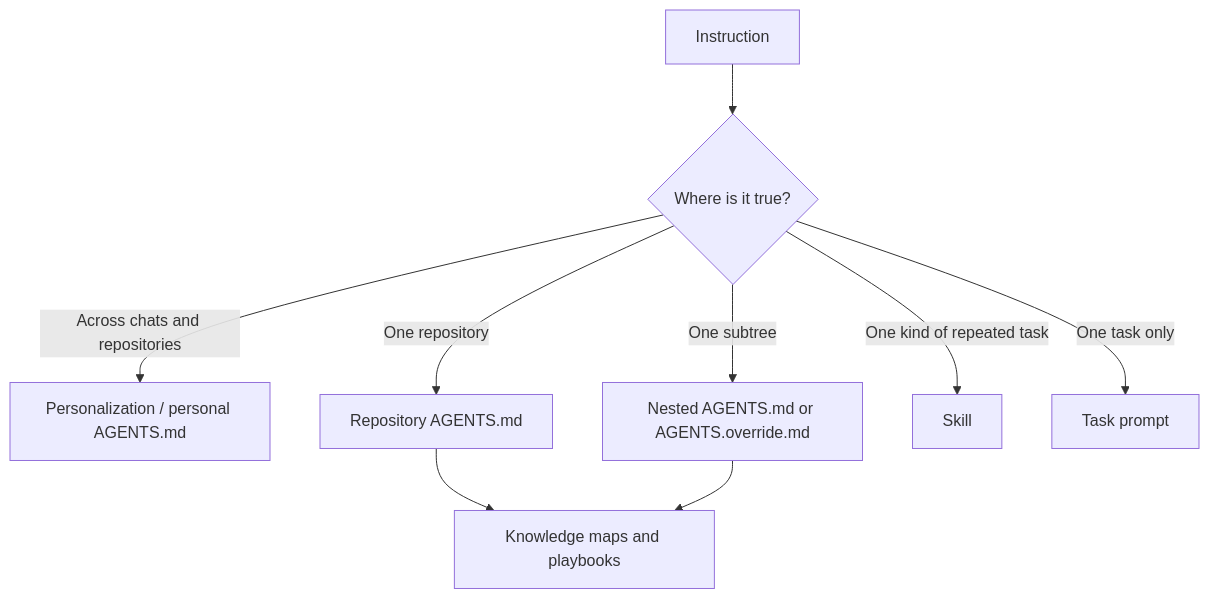
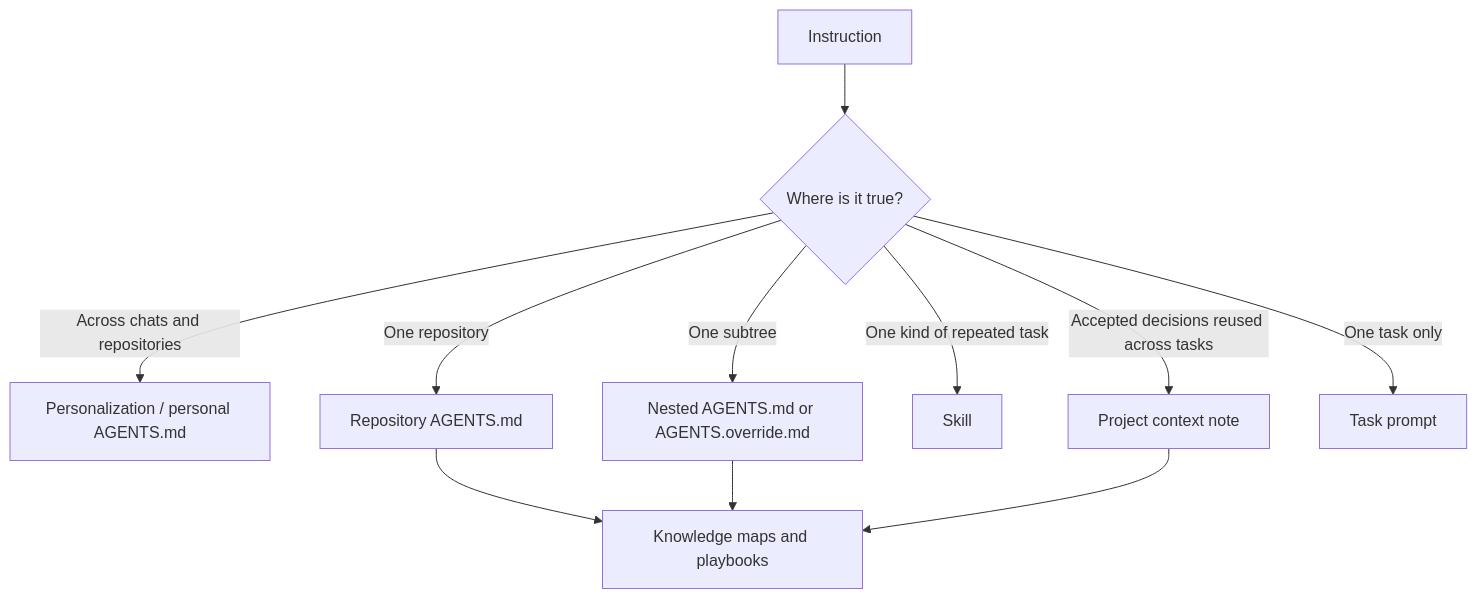
One commit to allexandrsokollov/main_obsidian_vault changed the diagram in 00 Maps/Codex Instruction Map.md. Above: the diagram before and after it, drawn with Mermaid. The commit also changed other lines of this file and 5 other files, not shown here.

````diff
--- a/00 Maps/Codex Instruction Map.md
+++ b/00 Maps/Codex Instruction Map.md
@@ -17,11 +17,13 @@
 ```mermaid
 flowchart TD
     I["Instruction"] --> Q{"Where is it true?"}
     Q -->|"Across chats and repositories"| P["Personalization / personal AGENTS.md"]
     Q -->|"One repository"| R["Repository AGENTS.md"]
     Q -->|"One subtree"| N["Nested AGENTS.md or AGENTS.override.md"]
     Q -->|"One kind of repeated task"| S["Skill"]
+    Q -->|"Accepted decisions reused across tasks"| C["Project context note"]
     Q -->|"One task only"| T["Task prompt"]
     R --> K["Knowledge maps and playbooks"]
     N --> K
+    C --> K
 ```
````
